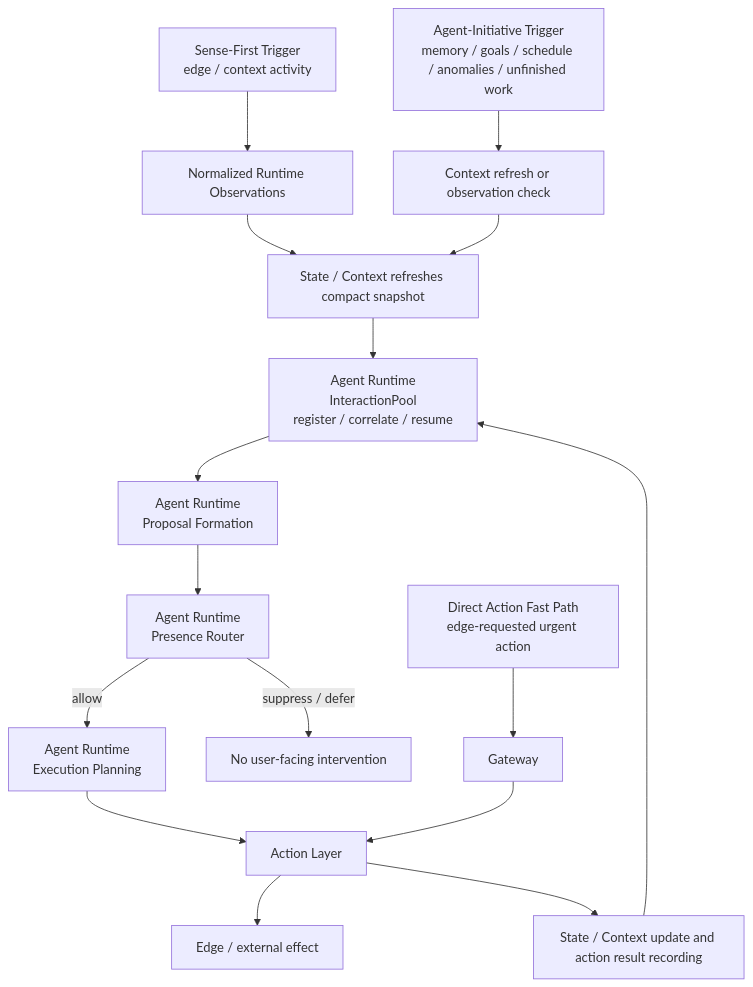
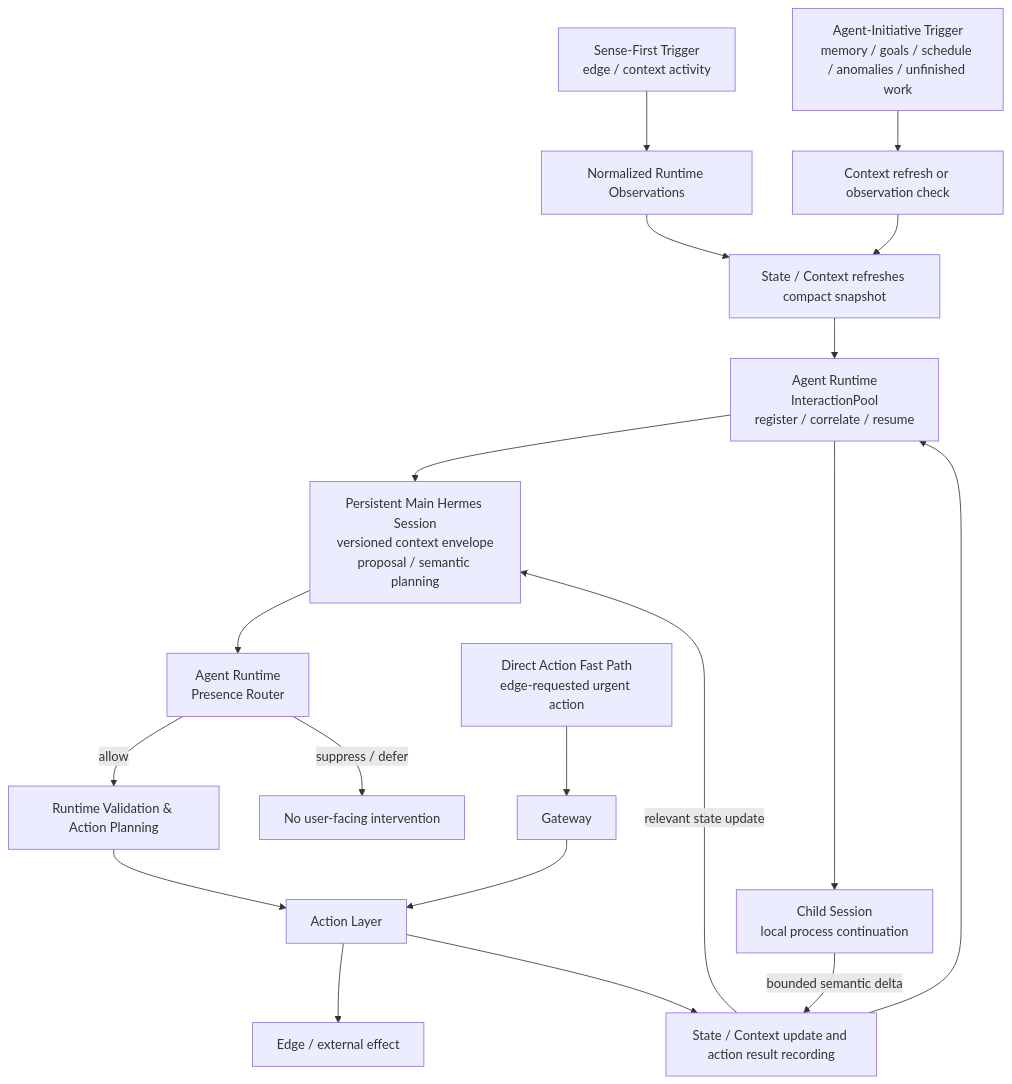
One commit to nwomn/openhalo changed the third of 3 diagrams in docs/plans/2026-06-16-runtime-architecture-design.md. Above: the diagram before and after it, drawn with Mermaid. The commit also changed other lines of this file and 2 other files, not shown here.

Commit message:
docs: define Main Hermes interaction runtime design

````diff
--- a/docs/plans/2026-06-16-runtime-architecture-design.md
+++ b/docs/plans/2026-06-16-runtime-architecture-design.md
@@ -130,18 +137,21 @@
 ```mermaid
 flowchart TD
     SF1["Sense-First Trigger<br/>edge / context activity"] --> SF2["Normalized Runtime Observations"]
     SF2 --> SC["State / Context refreshes compact snapshot"]
     AI1["Agent-Initiative Trigger<br/>memory / goals / schedule / anomalies / unfinished work"] --> AI2["Context refresh or observation check"]
     AI2 --> SC
     SC --> IP["Agent Runtime<br/>InteractionPool<br/>register / correlate / resume"]
-    IP --> AP["Agent Runtime<br/>Proposal Formation"]
-    AP --> PR["Agent Runtime<br/>Presence Router"]
-    PR -->|allow| EP["Agent Runtime<br/>Execution Planning"]
+    IP --> MS["Persistent Main Hermes Session<br/>versioned context envelope<br/>proposal / semantic planning"]
+    MS --> PR["Agent Runtime<br/>Presence Router"]
+    PR -->|allow| EP["Runtime Validation & Action Planning"]
     PR -->|suppress / defer| NOOP["No user-facing intervention"]
     EP --> AL["Action Layer"]
     AL --> OUT["Edge / external effect"]
     AL --> ST["State / Context update and action result recording"]
     ST --> IP
+    IP --> CS["Child Session<br/>local process continuation"]
+    CS -->|"bounded semantic delta"| ST
+    ST -->|"relevant state update"| MS
     DF1["Direct Action Fast Path<br/>edge-requested urgent action"] --> GW["Gateway"]
     GW --> AL
 ```
````
